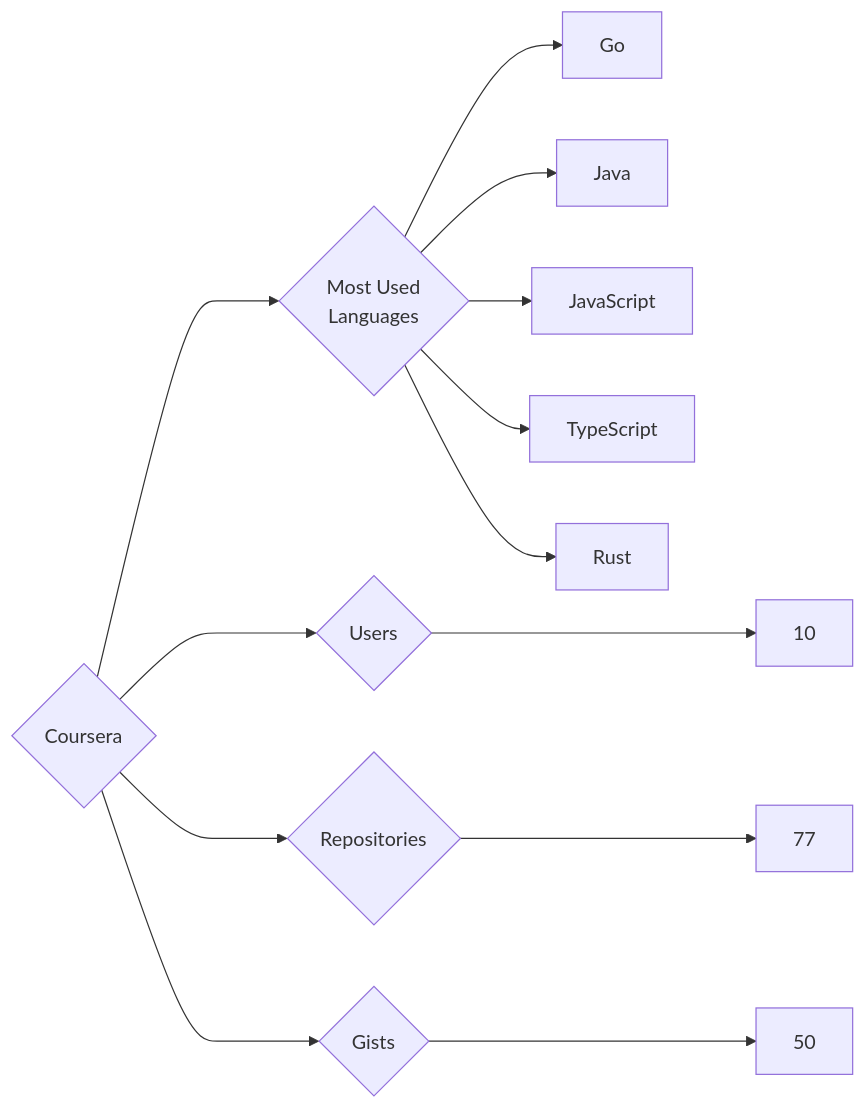
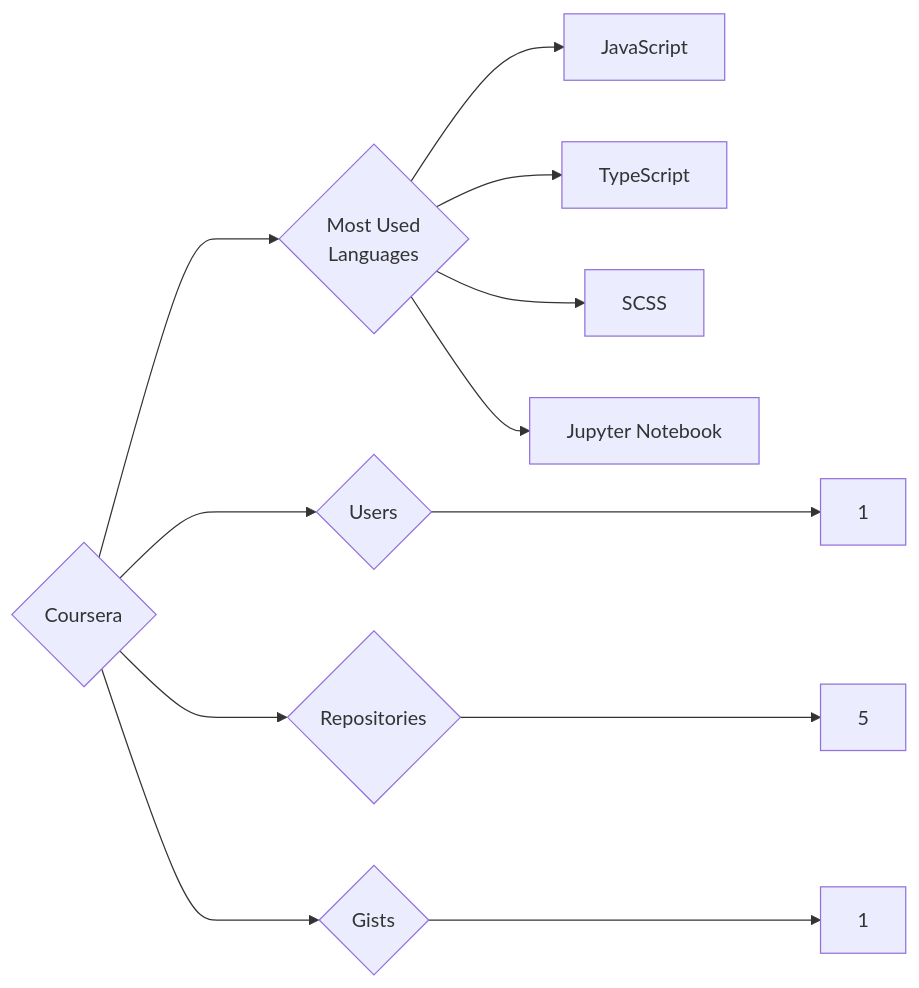
One commit to trickest/insiders changed the diagram in targets/Coursera/README.md. Above: the diagram before and after it, drawn with Mermaid. The commit also changed 721 other files, not shown here.

````diff
--- a/targets/Coursera/README.md
+++ b/targets/Coursera/README.md
@@ -3,13 +3,12 @@
 ```mermaid
 graph LR
 COMPANY_NAME{Coursera}
-COMPANY_NAME ---> U{Users} ---> UN[10]
-COMPANY_NAME ---> R{Repositories} ---> RN[77]
-COMPANY_NAME ---> G{Gists} ---> GN[50]
+COMPANY_NAME ---> U{Users} ---> UN[1]
+COMPANY_NAME ---> R{Repositories} ---> RN[5]
+COMPANY_NAME ---> G{Gists} ---> GN[1]
 COMPANY_NAME ---> ML{Most Used<br>Languages}
-ML --> Go[Go]
-ML --> Java[Java]
 ML --> JavaScript[JavaScript]
 ML --> TypeScript[TypeScript]
-ML --> Rust[Rust]
+ML --> SCSS[SCSS]
+ML --> Jupyter_Notebook[Jupyter Notebook]
 ```
````
